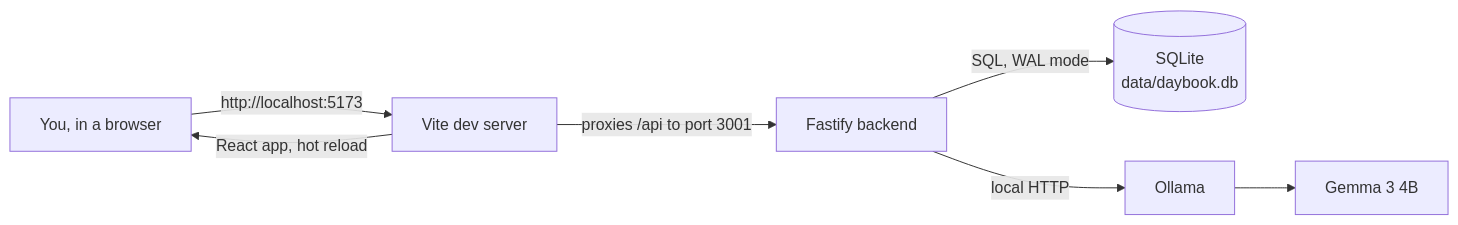
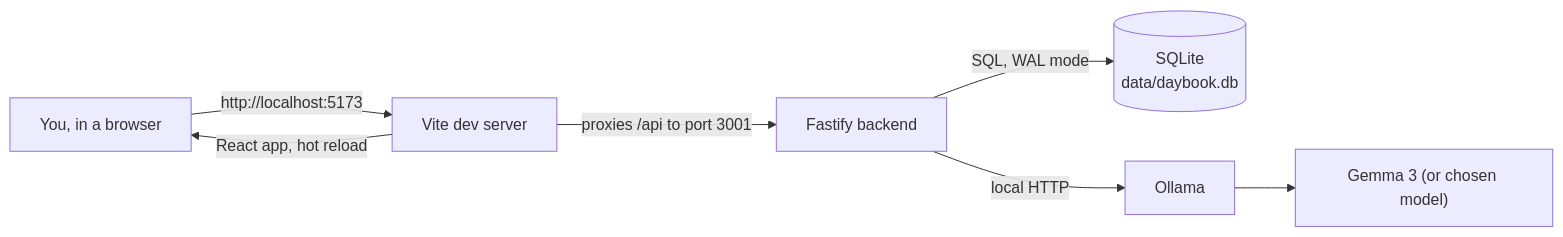
One commit to greenbugx/Daybook changed the first of 9 diagrams in README.md. Above: the diagram before and after it, drawn with Mermaid. The commit also changed other lines of this file, not shown here.

Commit message:
docs: update AI model selection and installation instructions in README.md

````diff
--- a/README.md
+++ b/README.md
@@ -138,9 +138,9 @@
 ```mermaid
 flowchart LR
     U["You, in a browser"] -->|"http://localhost:5173"| V["Vite dev server"]
     V -->|"React app, hot reload"| U
     V -->|"proxies /api to port 3001"| B["Fastify backend"]
     B -->|"SQL, WAL mode"| D[("SQLite<br/>data/daybook.db")]
     B -->|"local HTTP"| O["Ollama"]
-    O --> G["Gemma 3 4B"]
+    O --> G["Gemma 3 (or chosen model)"]
 ```
````
